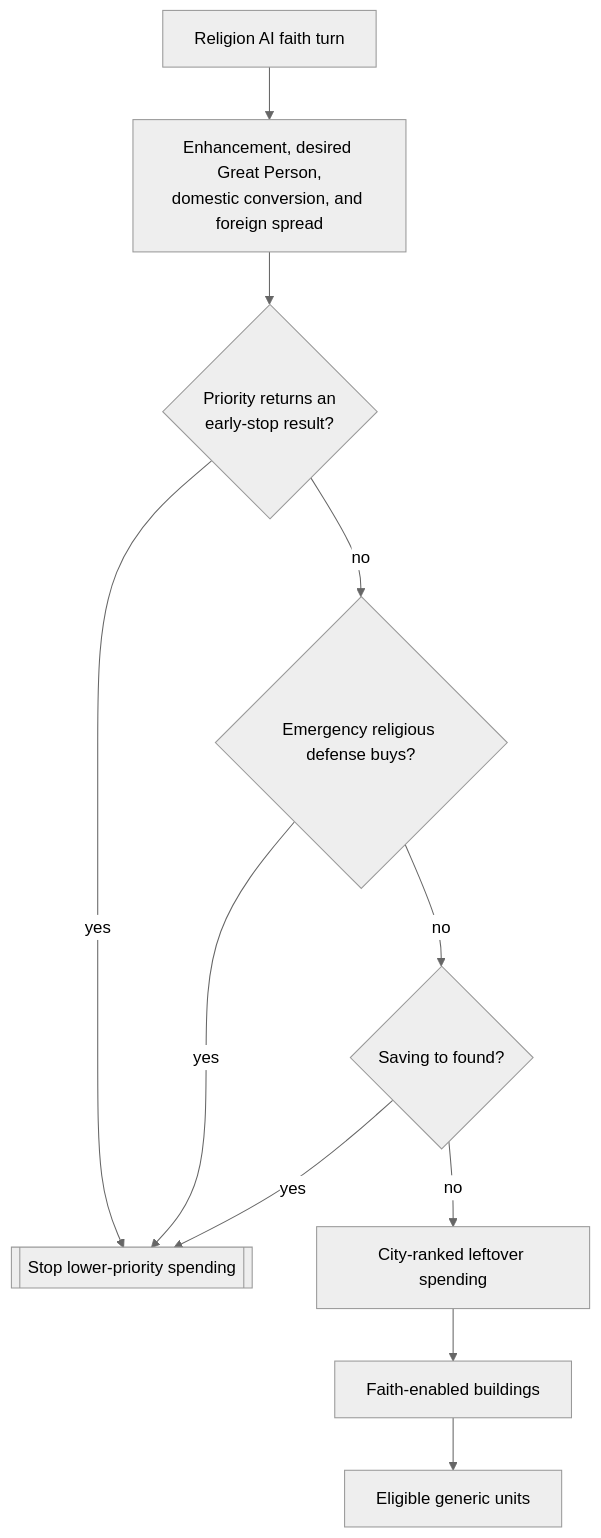
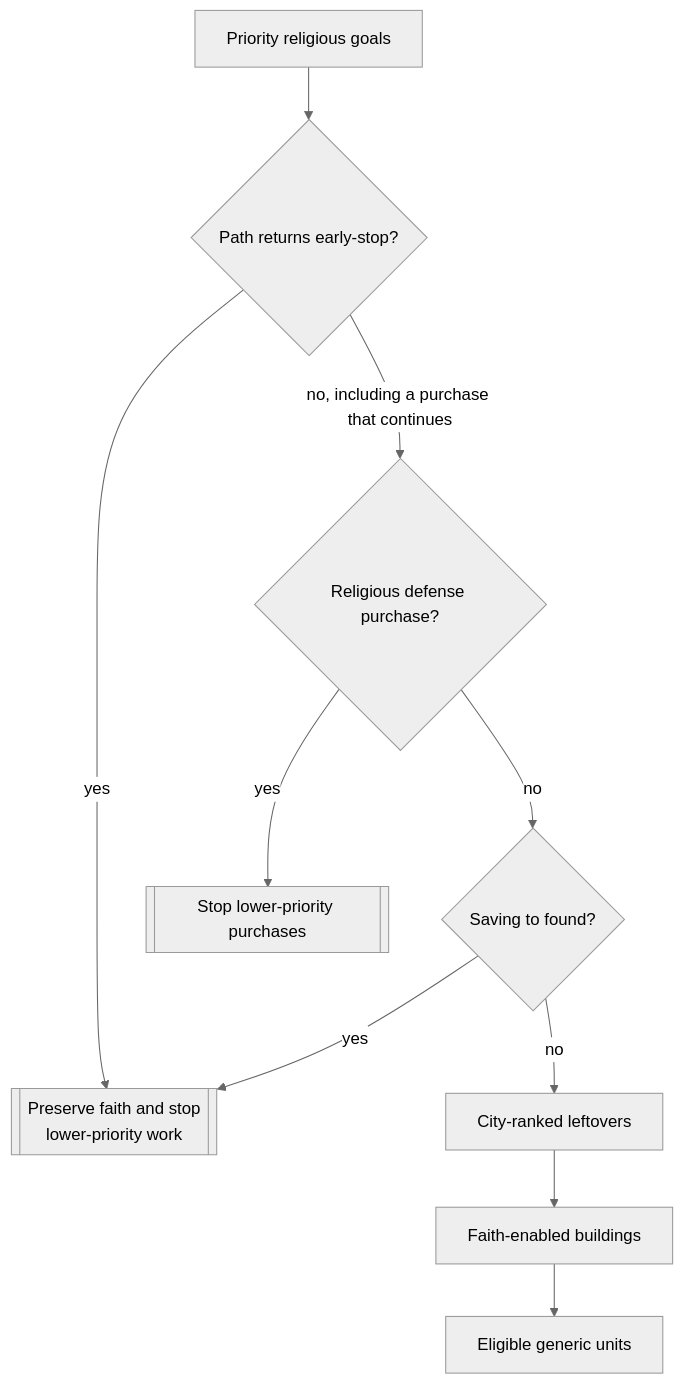
Before and after one commit to vox-deorum/vox-deorum: the second of 2 diagrams in docs/developers/civ5-dll/unit-ai/acquisition.md, drawn with Mermaid (neutral theme). The commit also changed other lines of this file and 14 other files, not shown here.

````diff
--- a/docs/developers/civ5-dll/unit-ai/acquisition.md
+++ b/docs/developers/civ5-dll/unit-ai/acquisition.md
@@ -127,13 +68,12 @@
 ```mermaid
 flowchart TD
-    F[Religion AI faith turn] --> H[Enhancement, desired Great Person,<br/>domestic conversion, and foreign spread]
-    H --> P{Priority returns an<br/>early-stop result?}
-    P -->|yes| Z[[Stop lower-priority spending]]
-    P -->|no| D{Emergency religious defense buys?}
-    D -->|yes| Z
-    D -->|no| S{Saving to found?}
-    S -->|yes| Z
-    S -->|no| L[City-ranked leftover spending]
+    P[Priority religious goals] --> E{Path returns early-stop?}
+    E -->|yes| S[[Preserve faith and stop<br/>lower-priority work]]
+    E -->|no, including a purchase that continues| D{Religious defense purchase?}
+    D -->|yes| X[[Stop lower-priority purchases]]
+    D -->|no| F{Saving to found?}
+    F -->|yes| S
+    F -->|no| L[City-ranked leftovers]
     L --> B[Faith-enabled buildings]
     B --> U[Eligible generic units]
 ```
````
